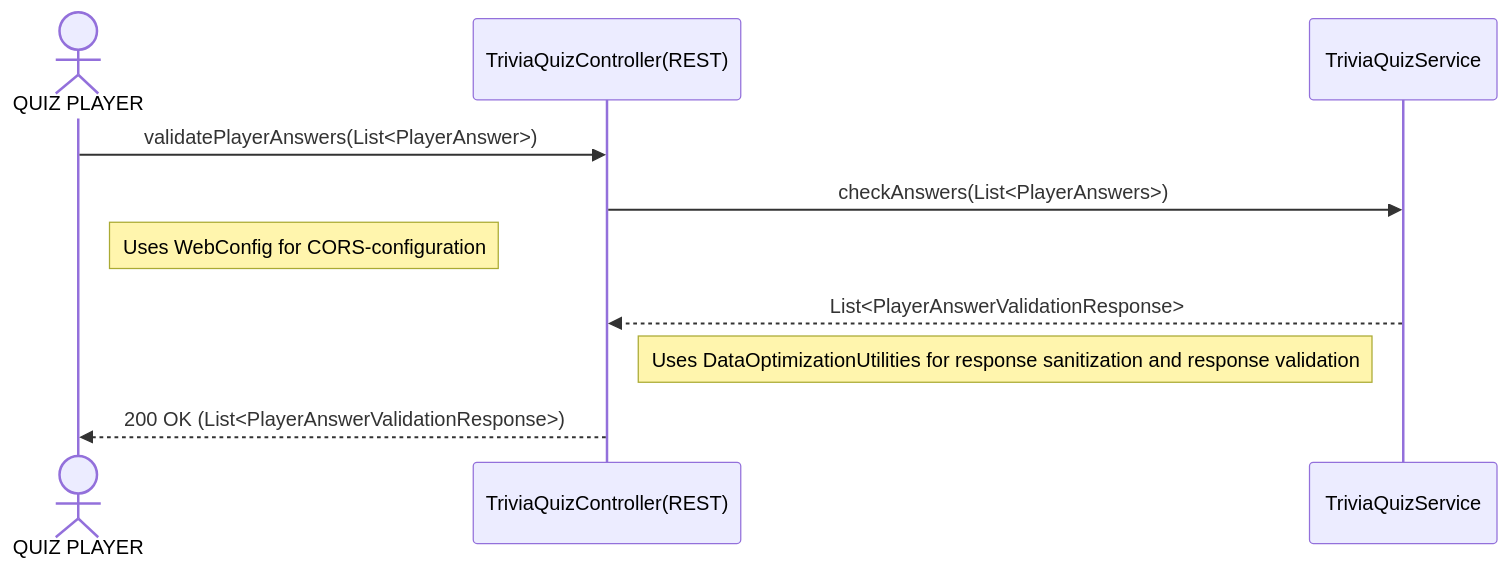
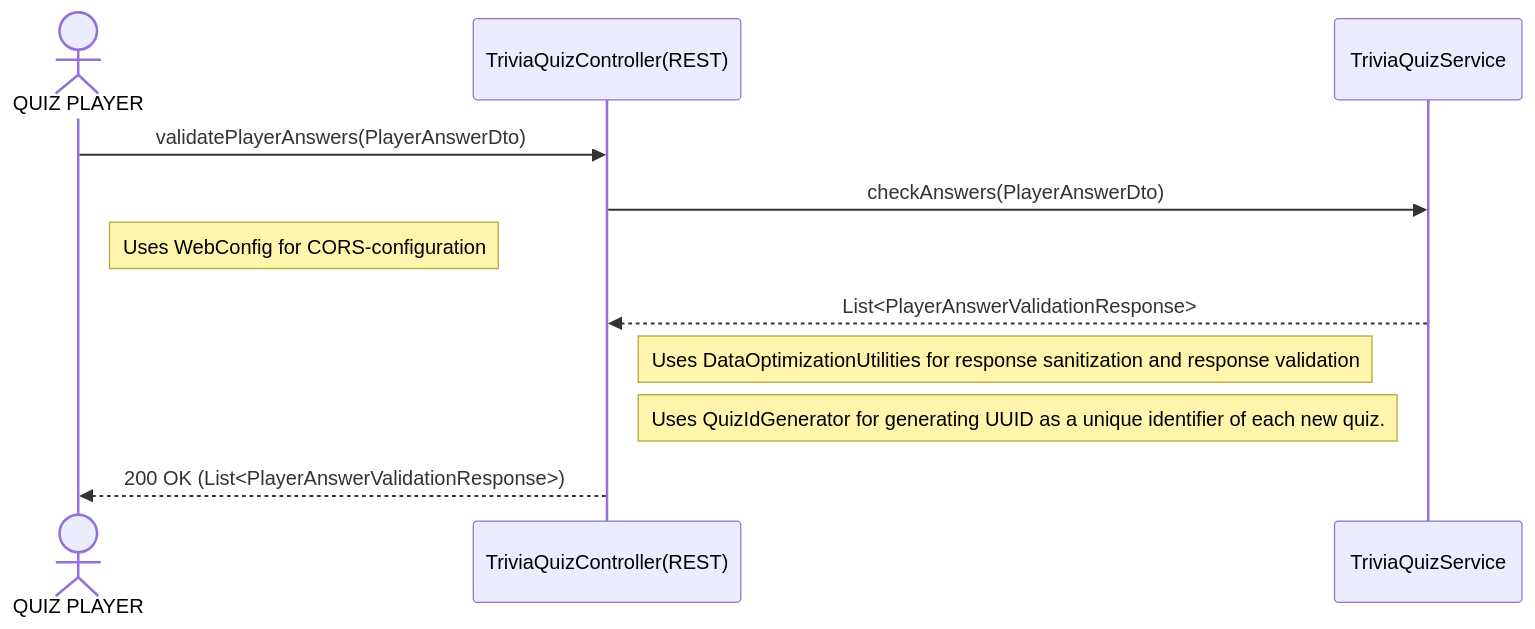
Before and after one commit to sambadi-125/trivia-quiz-system-app: the third of 3 diagrams in README.md, drawn with Mermaid. The commit also changed other lines of this file and 7 other files, not shown here.

````diff
--- a/README.md
+++ b/README.md
@@ -54,13 +53,14 @@
 ```mermaid
 sequenceDiagram
     actor QUIZ PLAYER
     participant TriviaQuizController as TriviaQuizController(REST)
     participant TriviaQuizService as TriviaQuizService
 
-    QUIZ PLAYER->>TriviaQuizController: validatePlayerAnswers(List<PlayerAnswer>)
-    TriviaQuizController->>TriviaQuizService: checkAnswers(List<PlayerAnswers>)
+    QUIZ PLAYER->>TriviaQuizController: validatePlayerAnswers(PlayerAnswerDto)
+    TriviaQuizController->>TriviaQuizService: checkAnswers(PlayerAnswerDto)
     Note right of QUIZ PLAYER: Uses WebConfig for CORS-configuration
     TriviaQuizService-->>TriviaQuizController: List<PlayerAnswerValidationResponse>
     Note right of TriviaQuizController: Uses DataOptimizationUtilities for response sanitization and response validation
+    Note right of TriviaQuizController: Uses QuizIdGenerator for generating UUID as a unique identifier of each new quiz.
     TriviaQuizController-->>QUIZ PLAYER: 200 OK (List<PlayerAnswerValidationResponse>)
 ```
````
